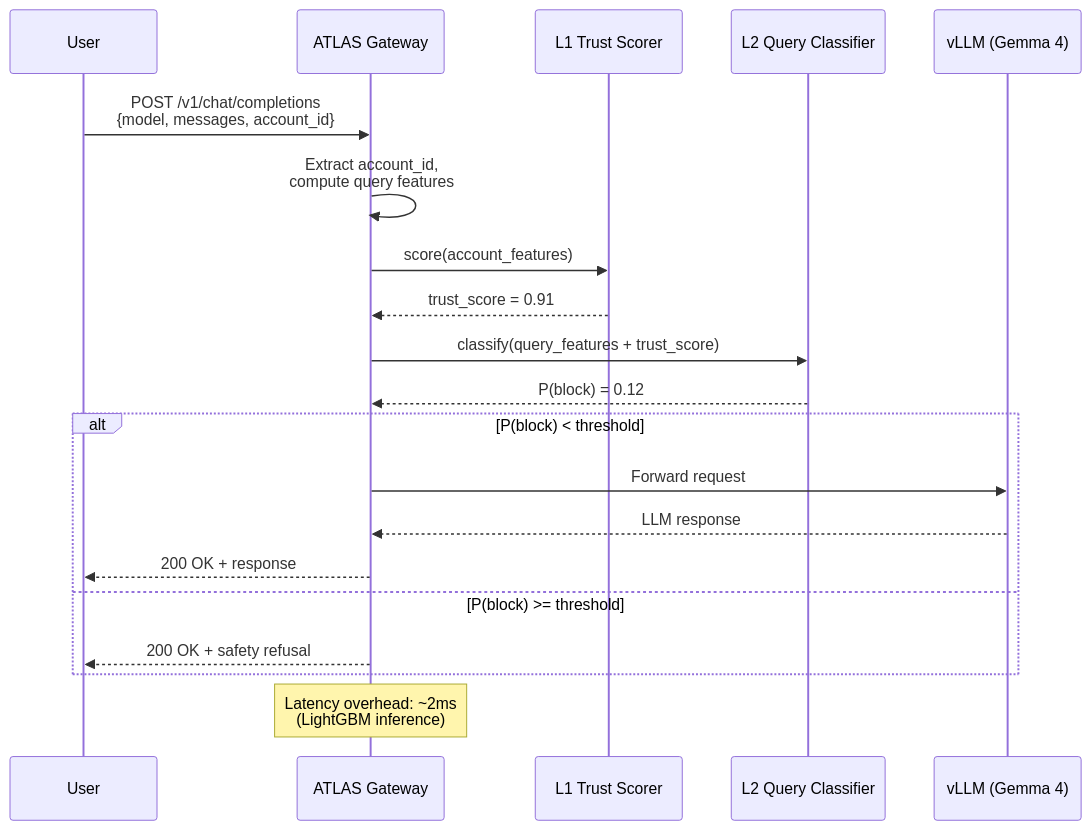
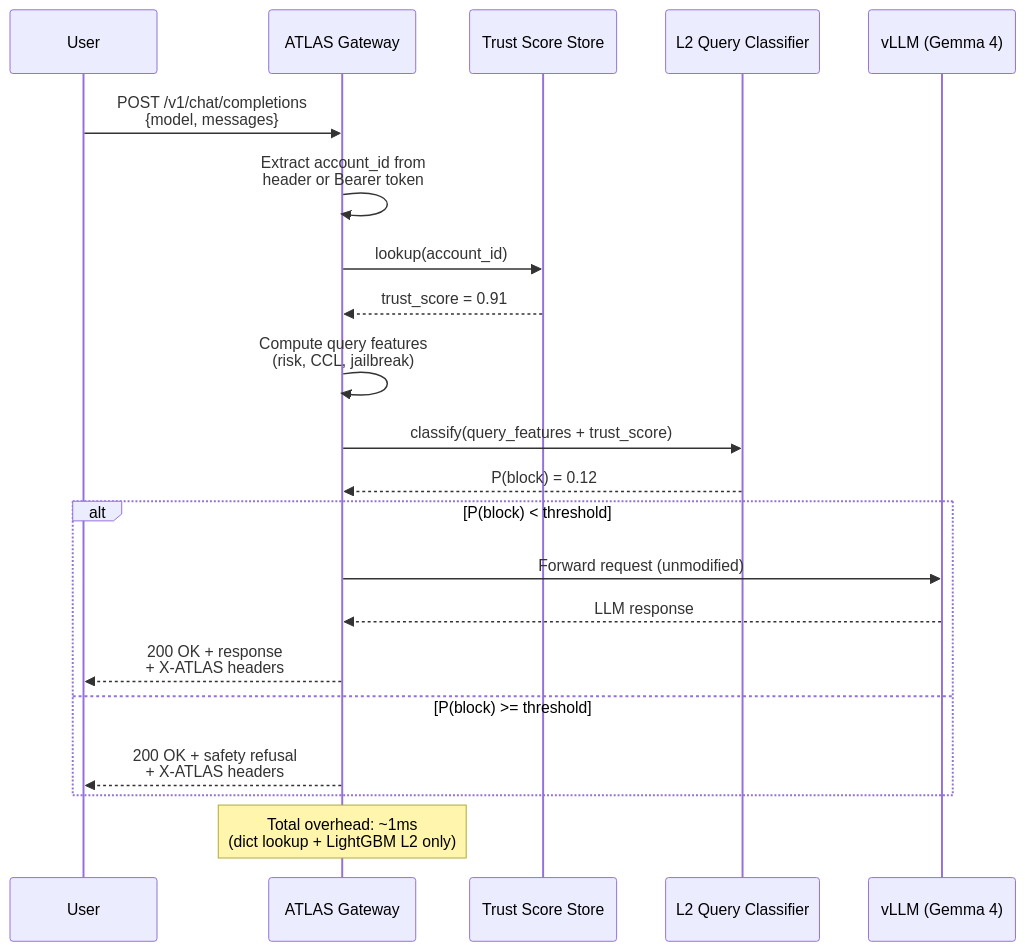
One commit to prashantkul/atlas changed the second of 3 diagrams in DEPLOYMENT.md. Above: the diagram before and after it, drawn with Mermaid. The commit also changed other lines of this file and 1 other file, not shown here.

Commit message:
refactor: gateway loads precomputed trust scores — no L1 inference or raw features at request time

````diff
--- a/DEPLOYMENT.md
+++ b/DEPLOYMENT.md
@@ -49,28 +69,30 @@
 ```mermaid
 sequenceDiagram
   participant U as User
   participant GW as ATLAS Gateway
-  participant L1 as L1 Trust Scorer
+  participant TS as Trust Score Store
   participant L2 as L2 Query Classifier
   participant V as vLLM (Gemma 4)
 
-  U->>GW: POST /v1/chat/completions<br/>{model, messages, account_id}
+  U->>GW: POST /v1/chat/completions<br/>{model, messages}
 
-  GW->>GW: Extract account_id,<br/>compute query features
+  GW->>GW: Extract account_id from<br/>header or Bearer token
 
-  GW->>L1: score(account_features)
-  L1-->>GW: trust_score = 0.91
+  GW->>TS: lookup(account_id)
+  TS-->>GW: trust_score = 0.91
+
+  GW->>GW: Compute query features<br/>(risk, CCL, jailbreak)
 
   GW->>L2: classify(query_features + trust_score)
   L2-->>GW: P(block) = 0.12
 
   alt P(block) < threshold
-    GW->>V: Forward request
+    GW->>V: Forward request (unmodified)
     V-->>GW: LLM response
-    GW-->>U: 200 OK + response
+    GW-->>U: 200 OK + response<br/>+ X-ATLAS headers
   else P(block) >= threshold
-    GW-->>U: 200 OK + safety refusal
+    GW-->>U: 200 OK + safety refusal<br/>+ X-ATLAS headers
   end
 
-  Note over GW: Latency overhead: ~2ms<br/>(LightGBM inference)
+  Note over GW: Total overhead: ~1ms<br/>(dict lookup + LightGBM L2 only)
 ```
````
